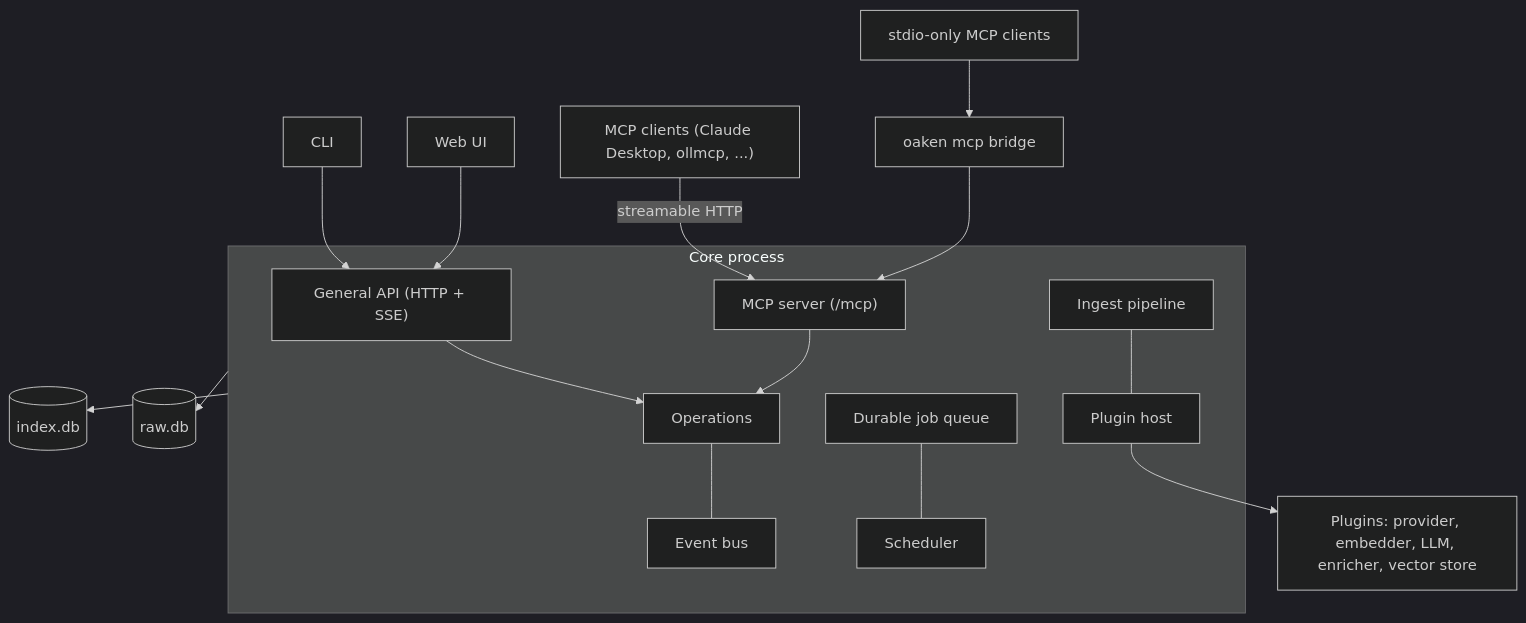
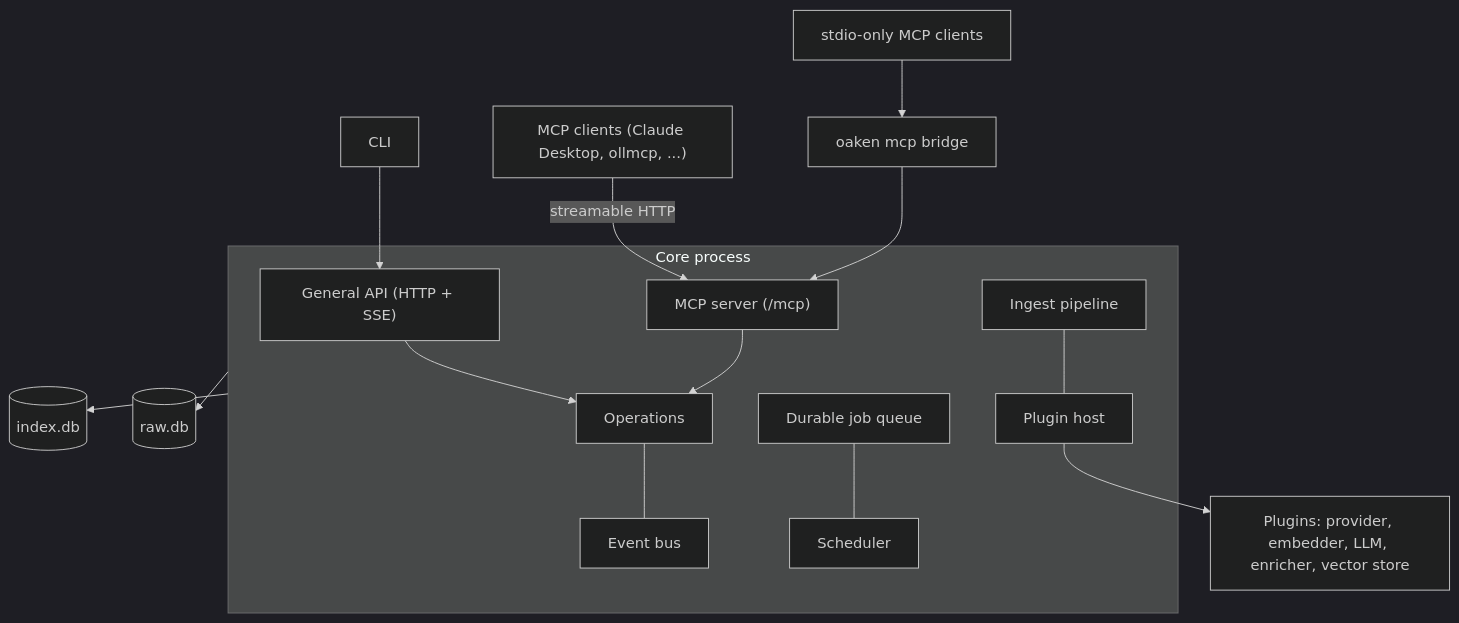
One commit to dfoulks1/oaken-mail changed the diagram in docs/architecture/overview.md. Above: the diagram before and after it, drawn with Mermaid (dark theme). The commit also changed 123 other files, not shown here.

````diff
--- a/docs/architecture/overview.md
+++ b/docs/architecture/overview.md
@@ -21,17 +21,16 @@
 ```mermaid
 flowchart TD
     CLI[CLI] --> API
-    WEB[Web UI] --> API
     HOSTAPP["MCP clients (Claude Desktop, ollmcp, ...)"] -->|streamable HTTP| MCP
     STDIO[stdio-only MCP clients] --> BRIDGE["oaken mcp bridge"] --> MCP
     subgraph CORE[Core process]
         API["General API (HTTP + SSE)"] --> OPS
         MCP["MCP server (/mcp)"] --> OPS
         OPS[Operations] --- BUS[Event bus]
         JOBS[Durable job queue] --- SCHED[Scheduler]
         ING[Ingest pipeline] --- HOST[Plugin host]
     end
     CORE --> RAW[(raw.db)]
     CORE --> IDX[(index.db)]
     HOST --> PLUG["Plugins: provider, embedder, LLM, enricher, vector store"]
 ```
````
